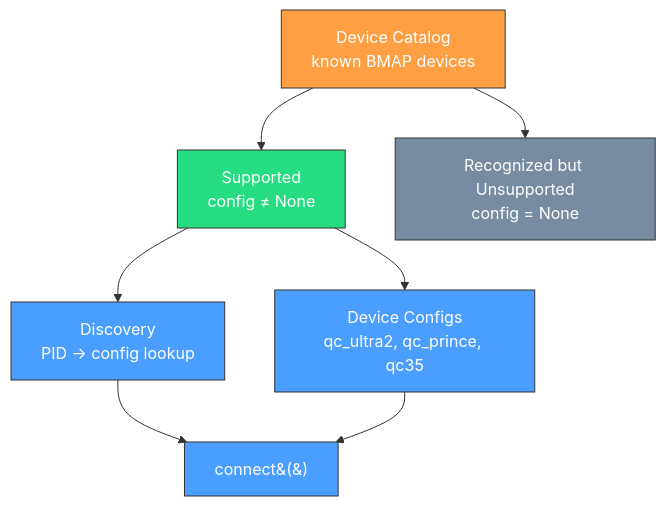
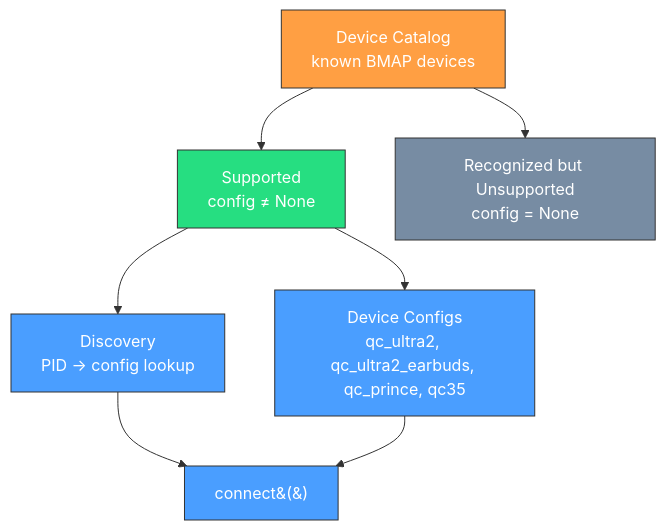
The seventh of 8 diagrams in docs/architecture.md (andresantonioriveros/bosectl), drawn with Mermaid before and after one commit. The commit also changed other lines of this file and 38 other files, not shown here.

Commit message:
Add QC Ultra 2 Earbuds support

````diff
--- a/docs/architecture.md
+++ b/docs/architecture.md
@@ -315,16 +329,16 @@
 ```mermaid
 graph TD
     CAT[Device Catalog<br/>known BMAP devices] --> SUP[Supported<br/>config ≠ None]
     CAT --> UNSUP[Recognized but Unsupported<br/>config = None]
     SUP --> DISC[Discovery<br/>PID → config lookup]
-    SUP --> CFG[Device Configs<br/>qc_ultra2, qc_prince, qc35]
+    SUP --> CFG[Device Configs<br/>qc_ultra2, qc_ultra2_earbuds, qc_prince, qc35]
     DISC --> CONN[connect&#40;&#41;]
     CFG --> CONN
 
     style CAT fill:#ff9f43,stroke:#333,color:#fff
     style SUP fill:#26de81,stroke:#333,color:#fff
     style UNSUP fill:#778ca3,stroke:#333,color:#fff
     style DISC fill:#4a9eff,stroke:#333,color:#fff
     style CFG fill:#4a9eff,stroke:#333,color:#fff
     style CONN fill:#4a9eff,stroke:#333,color:#fff
 ```
````
